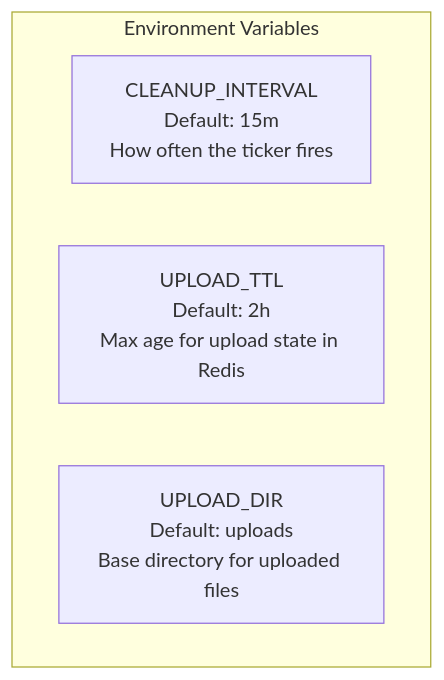
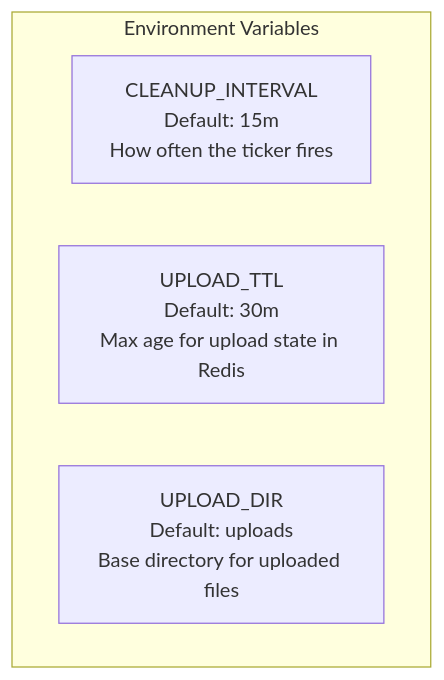
Before and after one commit to Prachidubey2003/fyredocs_backend: the third of 3 diagrams in docs/mermaid/service-cleanup-worker-architecture.md, drawn with Mermaid. The commit also changed other lines of this file and 12 other files, not shown here.

````diff
--- a/docs/mermaid/service-cleanup-worker-architecture.md
+++ b/docs/mermaid/service-cleanup-worker-architecture.md
@@ -77,8 +77,8 @@
 ```mermaid
 graph TD
     subgraph EnvVars["Environment Variables"]
         A["CLEANUP_INTERVAL<br/>Default: 15m<br/>How often the ticker fires"]
-        B["UPLOAD_TTL<br/>Default: 2h<br/>Max age for upload state in Redis"]
+        B["UPLOAD_TTL<br/>Default: 30m<br/>Max age for upload state in Redis"]
         C["UPLOAD_DIR<br/>Default: uploads<br/>Base directory for uploaded files"]
     end
 ```
````
